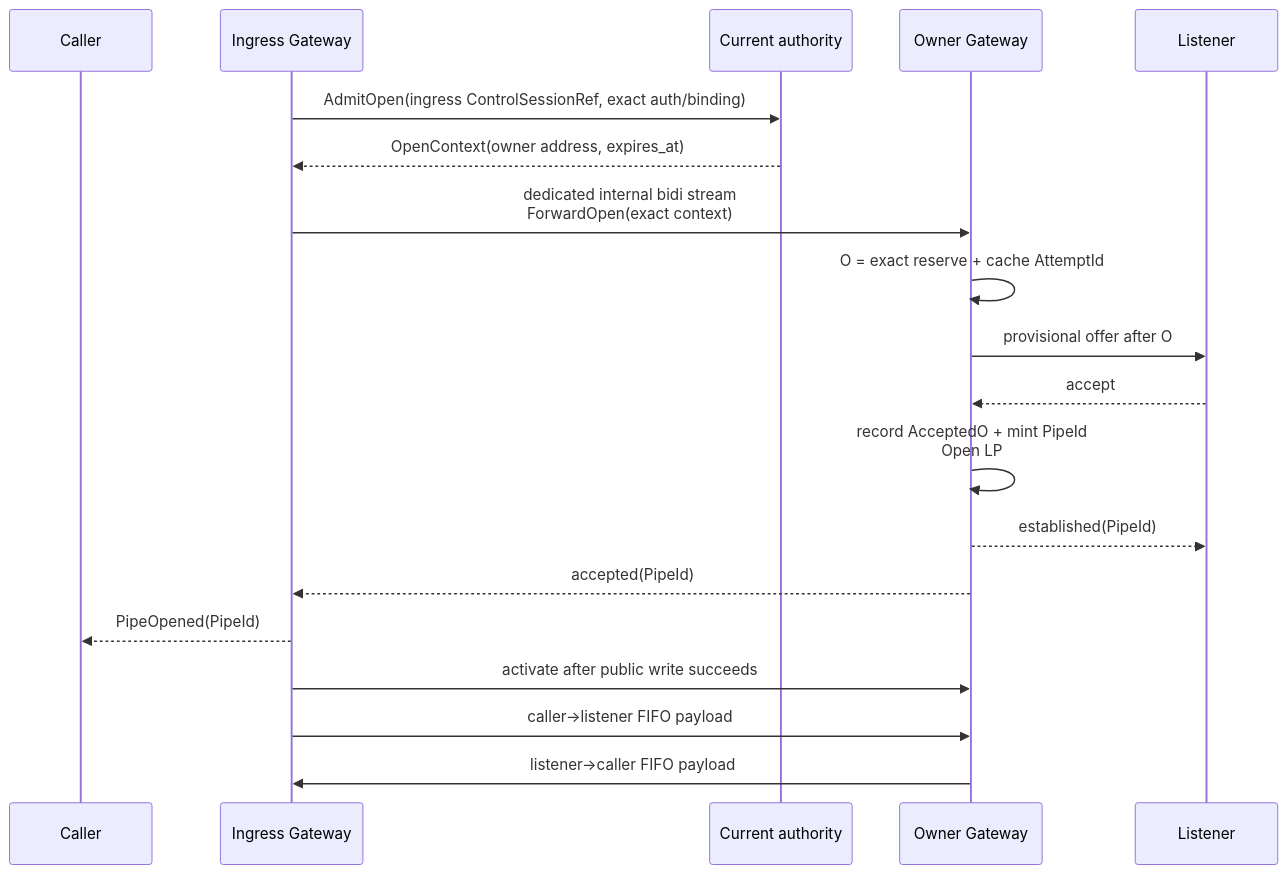
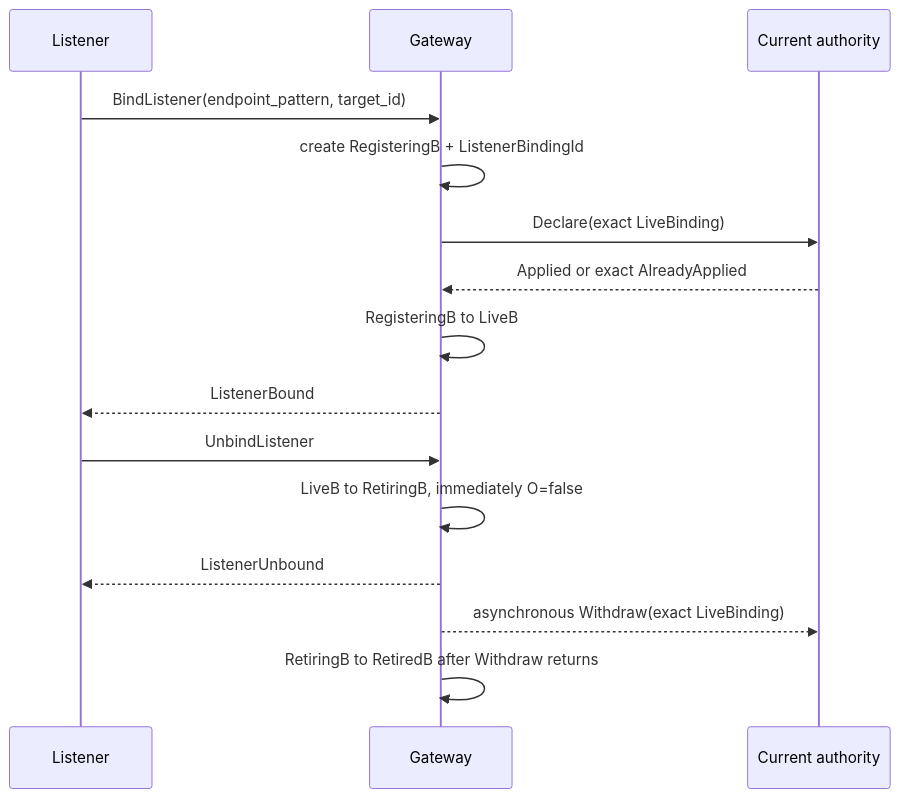
One commit to cagojeiger/relaygate changed the fourth of 5 diagrams in docs/spec/001-system-model.md. Above: the diagram before and after it, drawn with Mermaid. The commit also changed other lines of this file and 120 other files, not shown here.

````diff
--- a/docs/spec/001-system-model.md
+++ b/docs/spec/001-system-model.md
@@ -233,22 +176,18 @@
 ```mermaid
 sequenceDiagram
-    participant C as Caller
-    participant I as Ingress Gateway
+    participant L as Listener
+    participant G as Gateway
     participant A as Current authority
-    participant O as Owner Gateway
-    participant L as Listener
 
-    I->>A: AdmitOpen(ingress ControlSessionRef, exact auth/binding)
-    A-->>I: OpenContext(owner address, expires_at)
-    I->>O: dedicated internal bidi stream<br/>ForwardOpen(exact context)
-    O->>O: O = exact reserve + cache AttemptId
-    O->>L: provisional offer after O
-    L-->>O: accept
-    O->>O: record AcceptedO + mint PipeId<br/>Open LP
-    O-->>L: established(PipeId)
-    O-->>I: accepted(PipeId)
-    I-->>C: PipeOpened(PipeId)
-    I->>O: activate after public write succeeds
-    I->>O: caller→listener FIFO payload
-    O->>I: listener→caller FIFO payload
+    L->>G: BindListener(endpoint_pattern, target_id)
+    G->>G: create RegisteringB + ListenerBindingId
+    G->>A: Declare(exact LiveBinding)
+    A-->>G: Applied or exact AlreadyApplied
+    G->>G: RegisteringB to LiveB
+    G-->>L: ListenerBound
+    L->>G: UnbindListener
+    G->>G: LiveB to RetiringB, immediately O=false
+    G-->>L: ListenerUnbound
+    G-->>A: asynchronous Withdraw(exact LiveBinding)
+    G->>G: RetiringB to RetiredB after Withdraw returns
 ```
````
